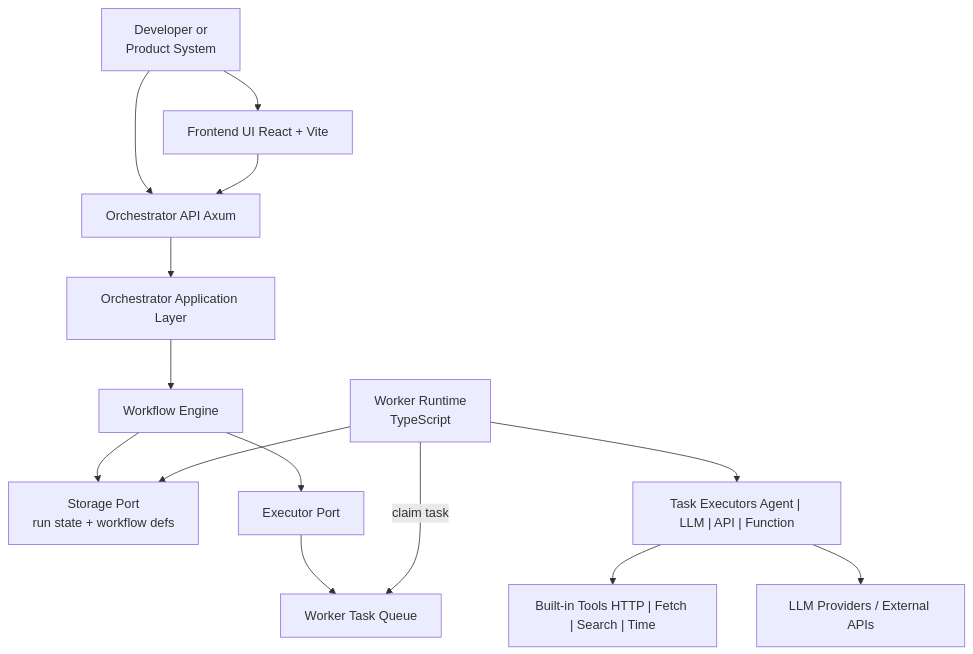
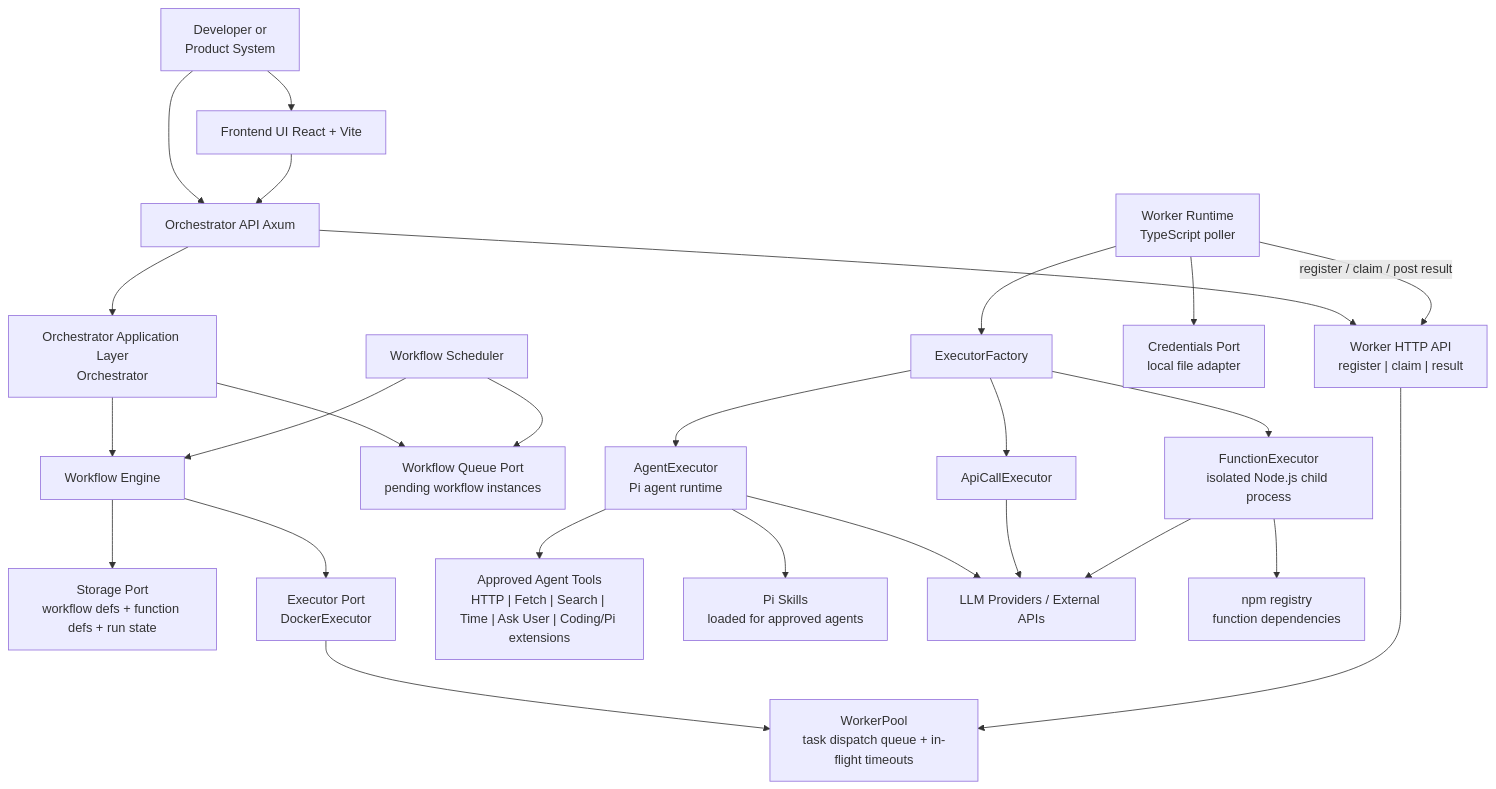
Before and after one commit to markosski/runhelm: the diagram in README.md, drawn with Mermaid. The commit also changed other lines of this file and 1 other file, not shown here.

````diff
--- a/README.md
+++ b/README.md
@@ -37,30 +37,51 @@
 ```mermaid
 flowchart TD
     User["Developer or<br>Product System"]
     UI["Frontend UI React + Vite"]
     API["Orchestrator API Axum"]
-    App["Orchestrator Application Layer"]
+    App["Orchestrator Application Layer<br>Orchestrator"]
     Engine["Workflow Engine"]
-    Storage["Storage Port<br>run state + workflow defs"]
-    Executor["Executor Port"]
-    Queue["Worker Task Queue"]
-    Worker["Worker Runtime<br>TypeScript"]
-    TaskExec["Task Executors Agent | LLM | API | Function"]
-    Tools["Built-in Tools HTTP | Fetch | Search | Time"]
+    Storage["Storage Port<br>workflow defs + function defs + run state"]
+    WorkflowQueue["Workflow Queue Port<br>pending workflow instances"]
+    Scheduler["Workflow Scheduler"]
+    Executor["Executor Port<br>DockerExecutor"]
+    WorkerPool["WorkerPool<br>task dispatch queue + in-flight timeouts"]
+    WorkerAPI["Worker HTTP API<br>register | claim | result"]
+    Worker["Worker Runtime<br>TypeScript poller"]
+    Credentials["Credentials Port<br>local file adapter"]
+    Factory["ExecutorFactory"]
+    AgentExec["AgentExecutor<br>Pi agent runtime"]
+    ApiExec["ApiCallExecutor"]
+    FunctionExec["FunctionExecutor<br>isolated Node.js child process"]
+    Tools["Approved Agent Tools<br>HTTP | Fetch | Search | Time | Ask User | Coding/Pi extensions"]
+    Skills["Pi Skills<br>loaded for approved agents"]
     Providers["LLM Providers / External APIs"]
+    Npm["npm registry<br>function dependencies"]
 
     User --> UI
     User --> API
     UI --> API
     API --> App
     App --> Engine
+    App --> WorkflowQueue
+    Scheduler --> WorkflowQueue
+    Scheduler --> Engine
     Engine --> Storage
     Engine --> Executor
-    Executor --> Queue
-    Worker -->|claim task| Queue
-    Worker --> TaskExec
-    TaskExec --> Tools
-    TaskExec --> Providers
-    Worker --> Storage
+    Executor --> WorkerPool
+    API --> WorkerAPI
+    WorkerAPI --> WorkerPool
+    Worker -->|register / claim / post result| WorkerAPI
+    Worker --> Credentials
+    Worker --> Factory
+    Factory --> AgentExec
+    Factory --> ApiExec
+    Factory --> FunctionExec
+    AgentExec --> Tools
+    AgentExec --> Skills
+    AgentExec --> Providers
+    ApiExec --> Providers
+    FunctionExec --> Npm
+    FunctionExec --> Providers
 
 ```
````
